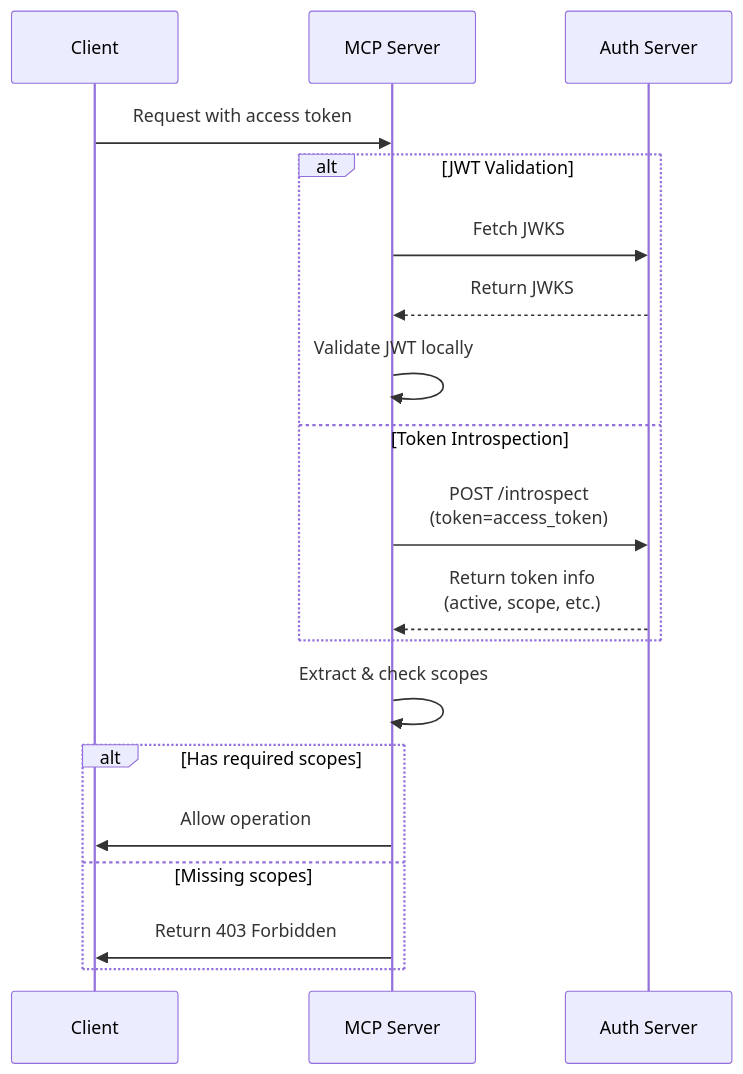
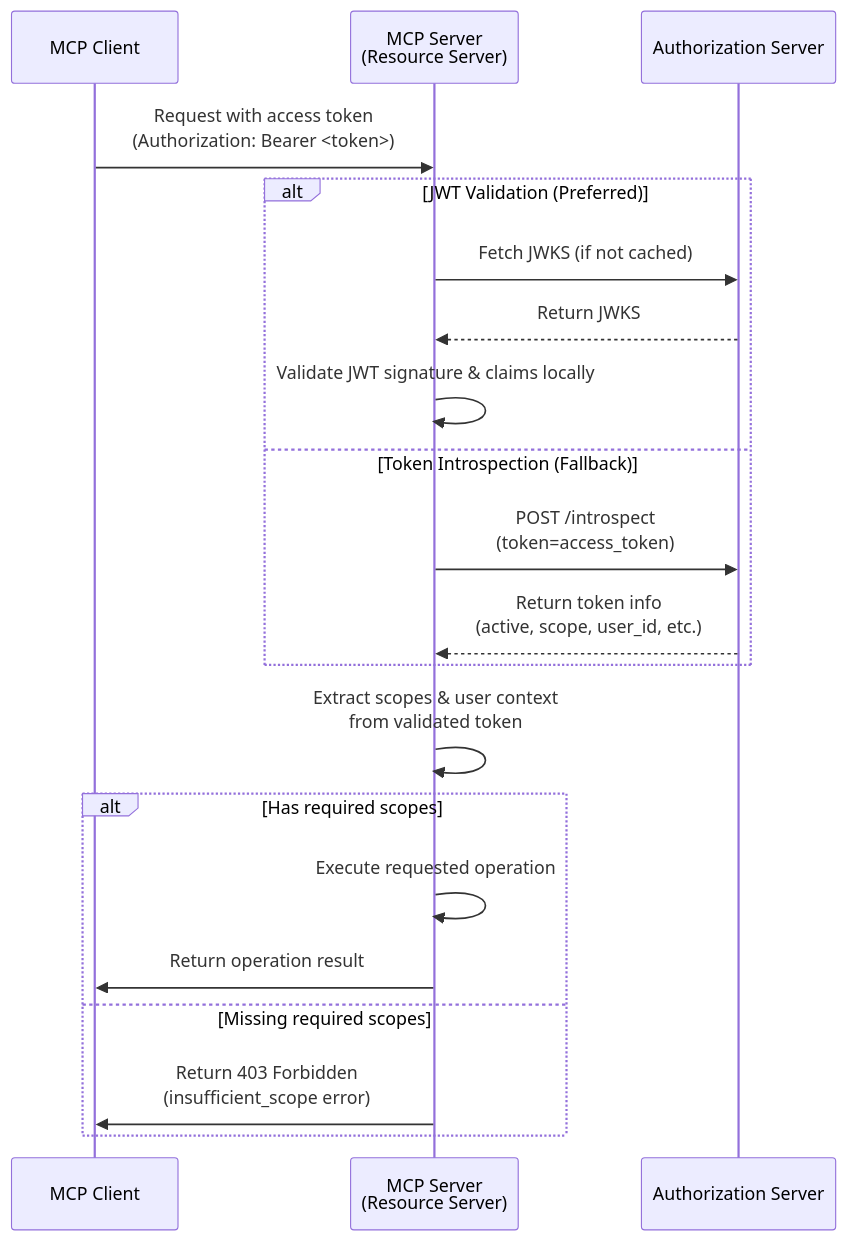
One commit to mcp-auth/docs changed the second of 2 diagrams in docs/tutorials/todo-manager/README.mdx. Above: the diagram before and after it, drawn with Mermaid. The commit also changed other lines of this file and 5 other files, not shown here.

````diff
--- a/docs/tutorials/todo-manager/README.mdx
+++ b/docs/tutorials/todo-manager/README.mdx
@@ -116,25 +132,26 @@
 ```mermaid
 sequenceDiagram
-    participant Client
-    participant MCP Server
-    participant Auth Server
+    participant Client as MCP Client
+    participant Server as MCP Server<br/>(Resource Server)
+    participant Auth as Authorization Server
 
-    Client->>MCP Server: Request with access token
+    Client->>Server: Request with access token<br/>(Authorization: Bearer <token>)
 
-    alt JWT Validation
-        MCP Server->>Auth Server: Fetch JWKS
-        Auth Server-->>MCP Server: Return JWKS
-        MCP Server->>MCP Server: Validate JWT locally
-    else Token Introspection
-        MCP Server->>Auth Server: POST /introspect<br/>(token=access_token)
-        Auth Server-->>MCP Server: Return token info<br/>(active, scope, etc.)
+    alt JWT Validation (Preferred)
+        Server->>Auth: Fetch JWKS (if not cached)
+        Auth-->>Server: Return JWKS
+        Server->>Server: Validate JWT signature & claims locally
+    else Token Introspection (Fallback)
+        Server->>Auth: POST /introspect<br/>(token=access_token)
+        Auth-->>Server: Return token info<br/>(active, scope, user_id, etc.)
     end
 
-    MCP Server->>MCP Server: Extract & check scopes
+    Server->>Server: Extract scopes & user context<br/>from validated token
 
     alt Has required scopes
-        MCP Server->>Client: Allow operation
-    else Missing scopes
-        MCP Server->>Client: Return 403 Forbidden
+        Server->>Server: Execute requested operation
+        Server->>Client: Return operation result
+    else Missing required scopes
+        Server->>Client: Return 403 Forbidden<br/>(insufficient_scope error)
     end
 ```
````
